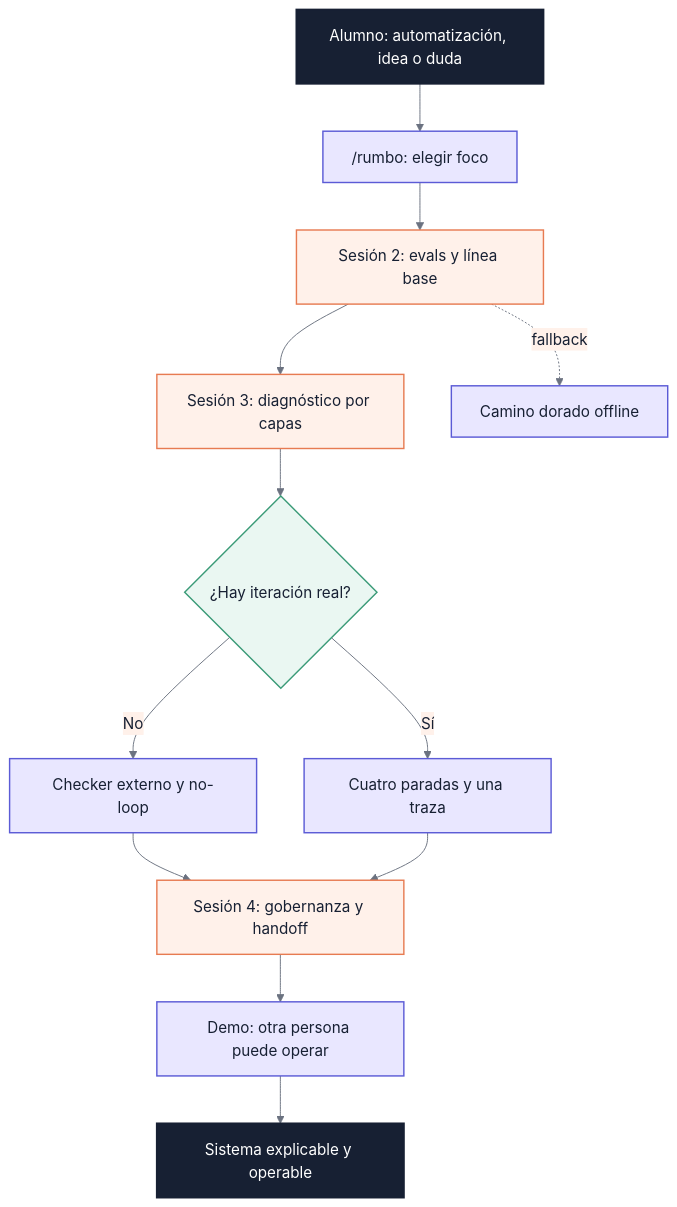
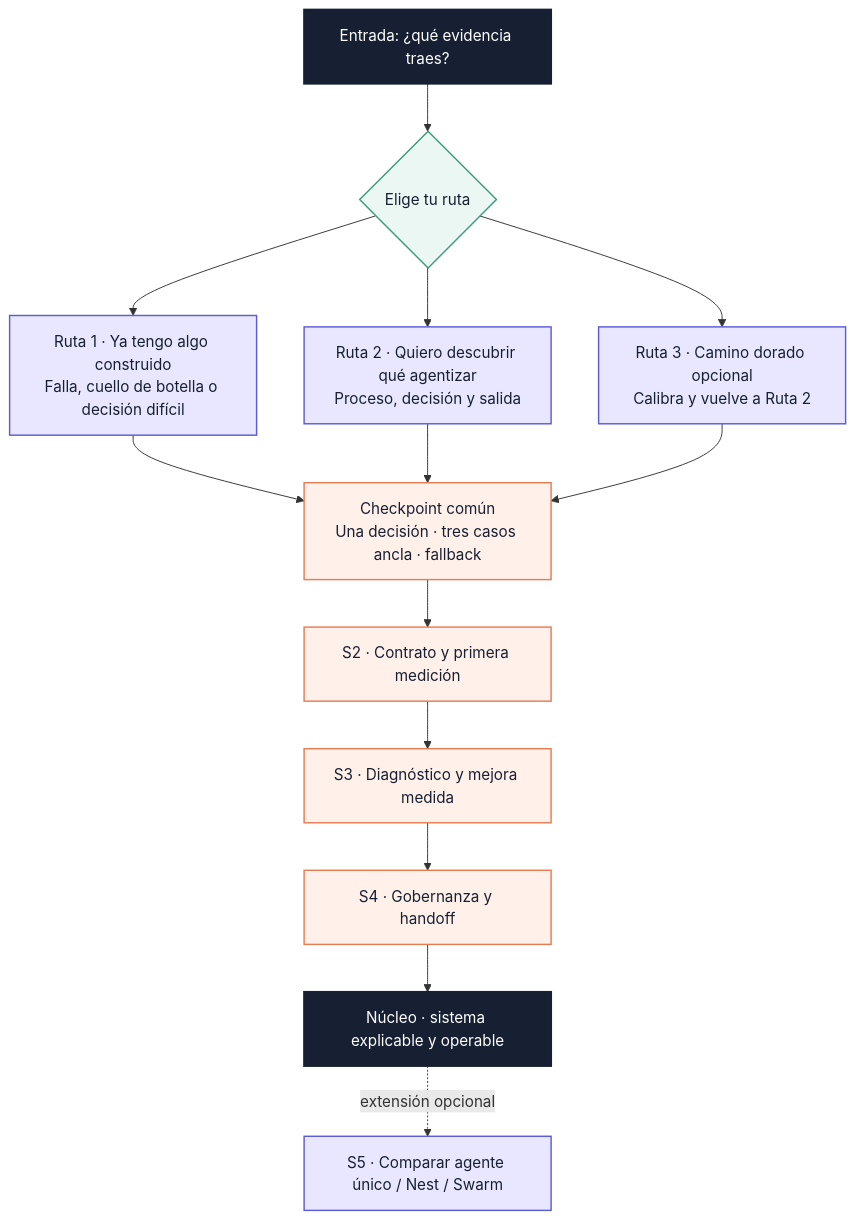
One commit to nabolom/agentic-ai-automation-mentor-agent-2026 changed the diagram in docs/visuales/mapa-del-curso.mmd. Above: the diagram before and after it, drawn with Mermaid. The commit also changed 26 other files, not shown here.

```diff
--- a/docs/visuales/mapa-del-curso.mmd
+++ b/docs/visuales/mapa-del-curso.mmd
@@ -1,24 +1,22 @@
-%%{init: {"theme": "base", "themeVariables": {"fontFamily": "Inter, ui-sans-serif, system-ui", "primaryColor": "#E9E7FF", "primaryTextColor": "#172033", "primaryBorderColor": "#5B5BD6", "lineColor": "#6B7280", "secondaryColor": "#FFF1EA", "tertiaryColor": "#EAF7F2"}}}%%
 flowchart TD
-    Entrada[Alumno: automatización, idea o duda] --> Rumbo["/rumbo: elegir foco"]
-    Rumbo --> SesionDos[Sesión 2: evals y línea base]
-    SesionDos --> SesionTres[Sesión 3: diagnóstico por capas]
-    SesionTres --> Decision{¿Hay iteración real?}
-    Decision -->|No| NoLoop[Checker externo y no-loop]
-    Decision -->|Sí| Loop[Cuatro paradas y una traza]
-    NoLoop --> SesionCuatro[Sesión 4: gobernanza y handoff]
-    Loop --> SesionCuatro
-    SesionCuatro --> Cierre[Demo: otra persona puede operar]
-    Cierre --> Nucleo[Sistema explicable y operable]
-    SesionDos -. fallback .-> Camino[Camino dorado offline]
+    start["Entrada: ¿qué evidencia traes?"] --> choose{"Elige tu ruta"}
+    choose --> route1["Ruta 1 · Ya tengo algo construido\nFalla, cuello de botella o decisión difícil"]
+    choose --> route2["Ruta 2 · Quiero descubrir qué agentizar\nProceso, decisión y salida"]
+    choose --> route3["Ruta 3 · Camino dorado opcional\nCalibra y vuelve a Ruta 2"]
+    route1 --> common["Checkpoint común\nUna decisión · tres casos ancla · fallback"]
+    route2 --> common
+    route3 --> common
+    common --> s2["S2 · Contrato y primera medición"]
+    s2 --> s3["S3 · Diagnóstico y mejora medida"]
+    s3 --> s4["S4 · Gobernanza y handoff"]
+    s4 --> done["Núcleo · sistema explicable y operable"]
+    done -. extensión opcional .-> s5["S5 · Comparar agente único / Nest / Swarm"]
 
-    classDef start fill:#172033,color:#FFFFFF,stroke:#172033,stroke-width:2px;
-    classDef mentor fill:#E9E7FF,color:#172033,stroke:#5B5BD6,stroke-width:1.5px;
+    classDef dark fill:#172033,color:#FFFFFF,stroke:#172033,stroke-width:2px;
+    classDef route fill:#E9E7FF,color:#172033,stroke:#5B5BD6,stroke-width:1.5px;
     classDef session fill:#FFF1EA,color:#172033,stroke:#E77B52,stroke-width:1.5px;
     classDef decision fill:#EAF7F2,color:#172033,stroke:#3B9B78,stroke-width:1.5px;
-    classDef finish fill:#172033,color:#FFFFFF,stroke:#172033,stroke-width:2px;
-    class Entrada start;
-    class Decision decision;
-    class Rumbo,Camino,NoLoop,Loop,Cierre mentor;
-    class SesionDos,SesionTres,SesionCuatro session;
-    class Nucleo finish;
+    class start,done dark;
+    class route1,route2,route3,s5 route;
+    class common,s2,s3,s4 session;
+    class choose decision;
```
